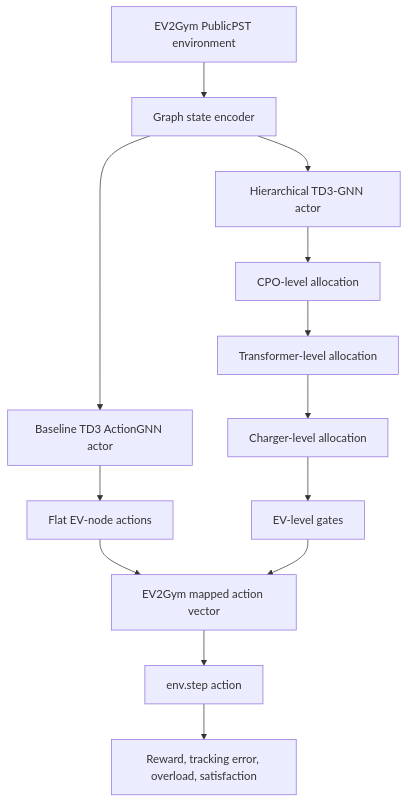
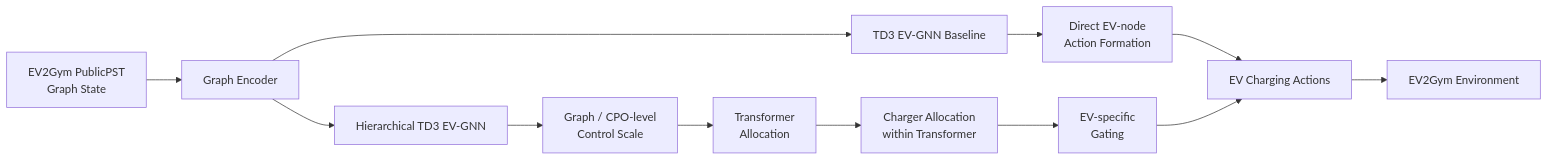
The diagram in README.md (chiayang920/Hierarchical-EV-GNN), drawn with Mermaid before and after one commit. The commit also changed other lines of this file and 78 other files, not shown here.

````diff
--- a/README.md
+++ b/README.md
@@ -35,17 +59,17 @@
 ```mermaid
-flowchart TD
-    A[EV2Gym PublicPST environment] --> B[Graph state encoder]
-    B --> C1[Baseline TD3 ActionGNN actor]
-    C1 --> D1[Flat EV-node actions]
+flowchart LR
+    S["EV2Gym PublicPST<br/>Graph State"] --> E["Graph Encoder"]
 
-    B --> C2[Hierarchical TD3-GNN actor]
-    C2 --> D2[CPO-level allocation]
-    D2 --> E2[Transformer-level allocation]
-    E2 --> F2[Charger-level allocation]
-    F2 --> G2[EV-level gates]
+    E --> B["TD3 EV-GNN Baseline"]
+    B --> BA["Direct EV-node<br/>Action Formation"]
 
-    D1 --> H[EV2Gym mapped action vector]
-    G2 --> H
-    H --> I[env.step action]
-    I --> J[Reward, tracking error, overload, satisfaction]
+    E --> H["Hierarchical TD3 EV-GNN"]
+    H --> G["Graph / CPO-level<br/>Control Scale"]
+    G --> T["Transformer<br/>Allocation"]
+    T --> C["Charger Allocation<br/>within Transformer"]
+    C --> V["EV-specific<br/>Gating"]
+
+    BA --> A["EV Charging Actions"]
+    V --> A
+    A --> ENV["EV2Gym Environment"]
 ```
````
